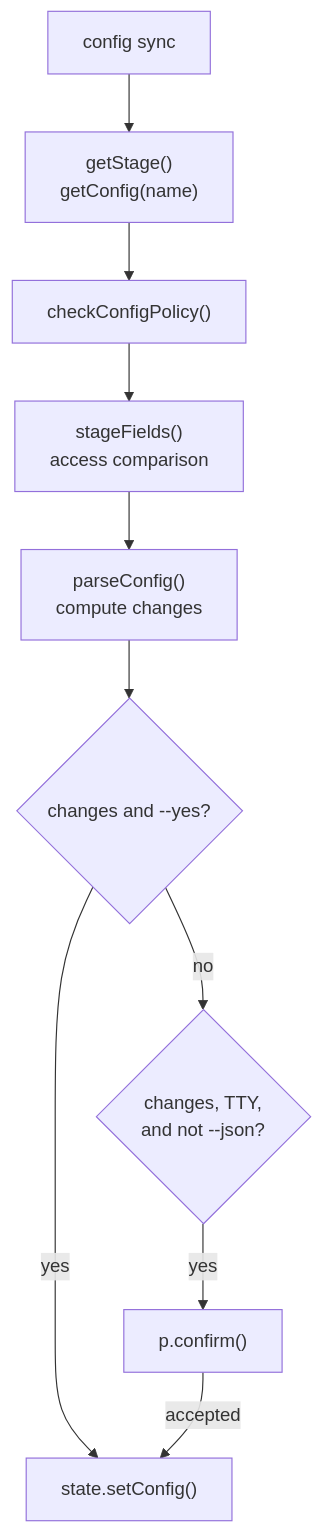
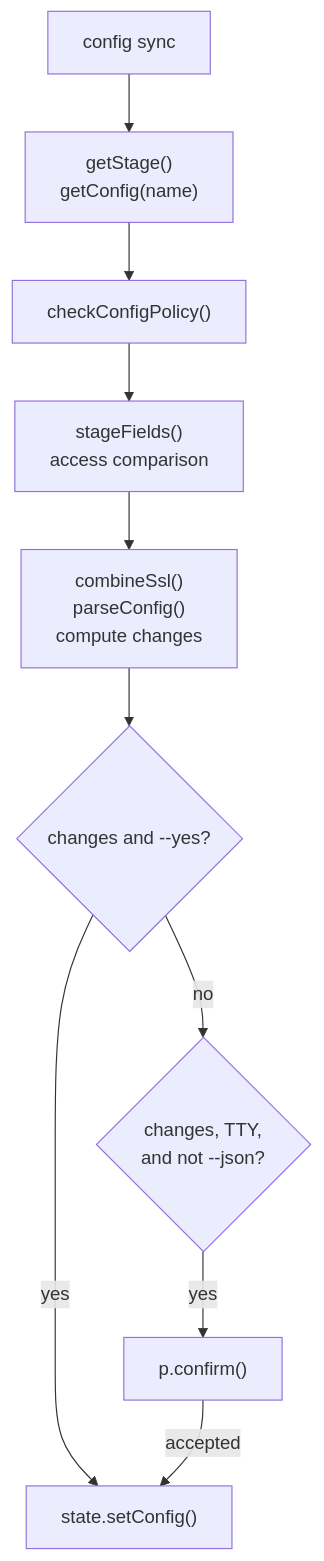
The third of 8 diagrams in docs/wiki/cli.md (noormdev/noorm), drawn with Mermaid before and after one commit. The commit also changed other lines of this file and 107 other files, not shown here.

````diff
--- a/docs/wiki/cli.md
+++ b/docs/wiki/cli.md
@@ -112,13 +112,13 @@
 ```mermaid
 flowchart TD
-    %% source: src/cli/config/sync.ts, src/core/config/stage.ts
+    %% source: src/cli/config/sync.ts, src/core/config/stage.ts, src/core/config/ssl-combine.ts
     A["config sync"] --> B["getStage()<br/>getConfig(name)"]
     B --> C["checkConfigPolicy()"]
     C --> D["stageFields()<br/>access comparison"]
-    D --> E["parseConfig()<br/>compute changes"]
+    D --> E["combineSsl()<br/>parseConfig()<br/>compute changes"]
     E --> F{"changes and --yes?"}
     F -->|yes| I["state.setConfig()"]
     F -->|no| G{"changes, TTY,<br/>and not --json?"}
     G -->|yes| H["p.confirm()"]
     H -->|accepted| I
 ```
````
